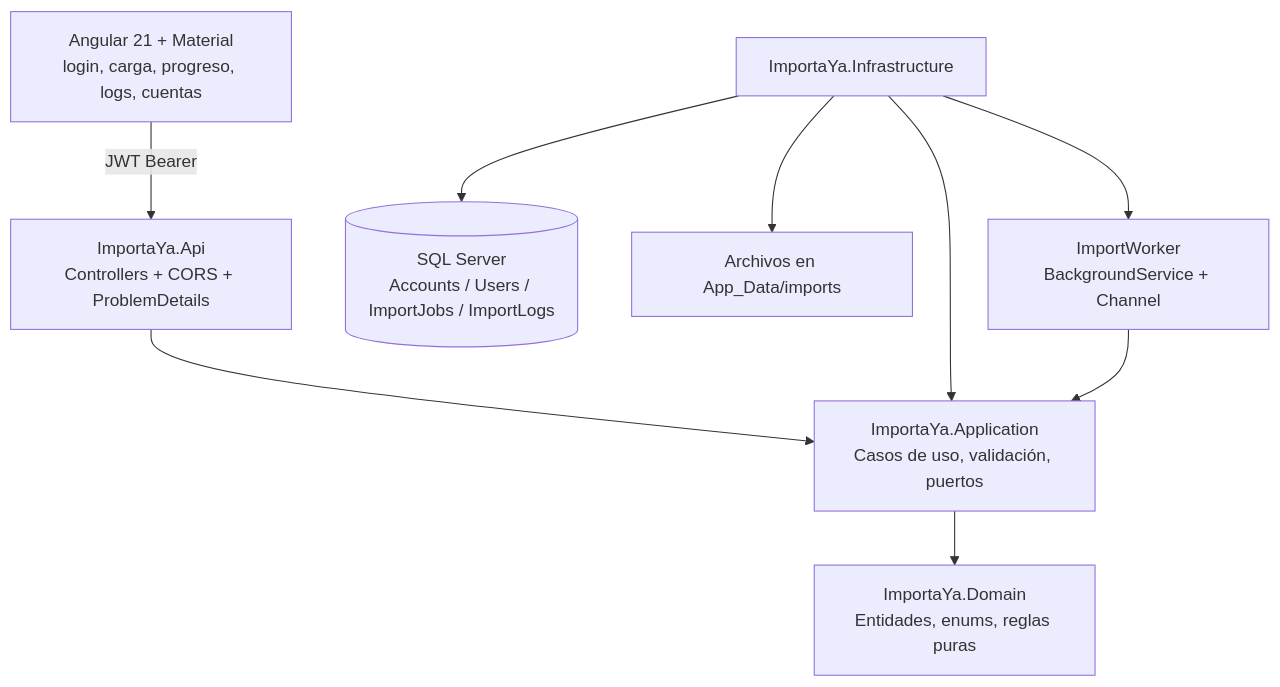
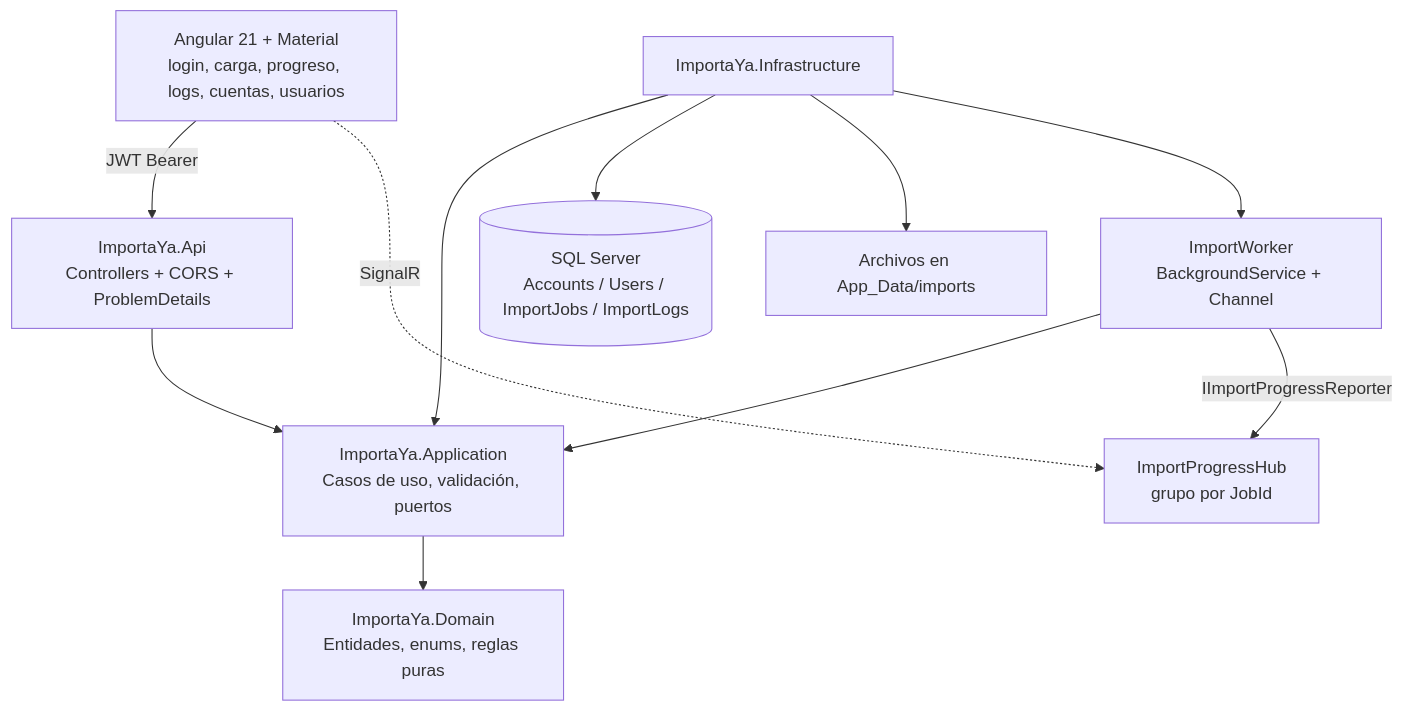
Before and after one commit to Csar27/ImportaYa: the first of 3 diagrams in README.md, drawn with Mermaid. The commit also changed other lines of this file and 39 other files, not shown here.

````diff
--- a/README.md
+++ b/README.md
@@ -20,11 +22,13 @@
 ```mermaid
 flowchart TB
-    UI[Angular 21 + Material<br/>login, carga, progreso, logs, cuentas] -->|JWT Bearer| Api[ImportaYa.Api<br/>Controllers + CORS + ProblemDetails]
+    UI[Angular 21 + Material<br/>login, carga, progreso, logs, cuentas, usuarios] -->|JWT Bearer| Api[ImportaYa.Api<br/>Controllers + CORS + ProblemDetails]
+    UI -. SignalR .-> Hub[ImportProgressHub<br/>grupo por JobId]
     Api --> App[ImportaYa.Application<br/>Casos de uso, validación, puertos]
     App --> Domain[ImportaYa.Domain<br/>Entidades, enums, reglas puras]
     Infra[ImportaYa.Infrastructure] --> App
     Infra --> Persistence[(SQL Server<br/>Accounts / Users / ImportJobs / ImportLogs)]
     Infra --> Storage[Archivos en App_Data/imports]
     Infra --> Worker[ImportWorker<br/>BackgroundService + Channel]
     Worker --> App
+    Worker -->|IImportProgressReporter| Hub
 ```
````
